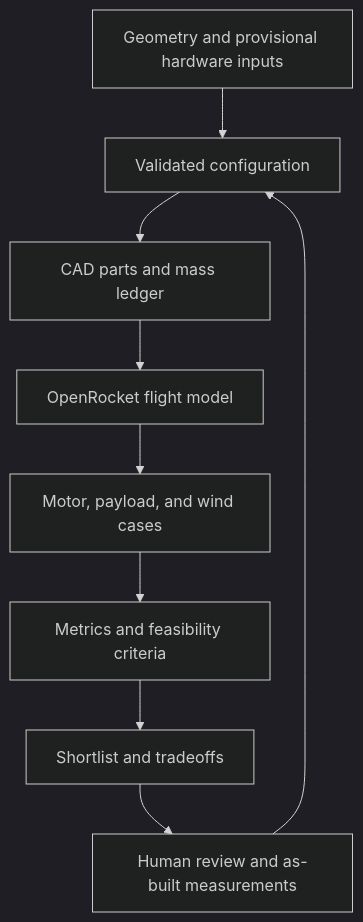
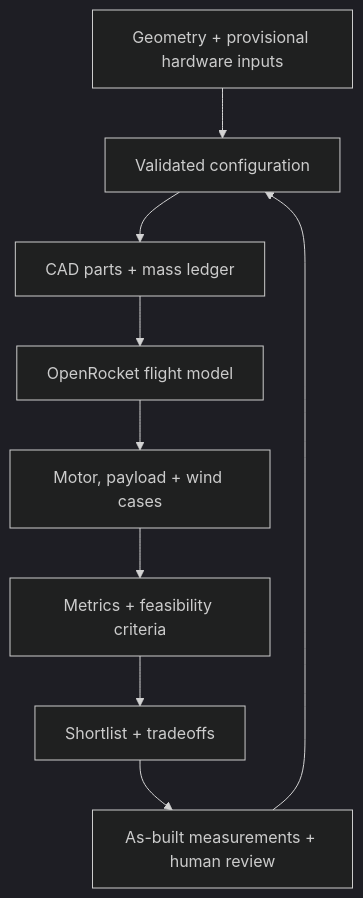
One commit to BrentWilkins/rocket-workbench changed the diagram in docs/HOME.md. Above: the diagram before and after it, drawn with Mermaid (dark theme). The commit also changed other lines of this file and 105 other files, not shown here.

````diff
--- a/docs/HOME.md
+++ b/docs/HOME.md
@@ -16,11 +81,11 @@
 ```mermaid
 flowchart TD
-    Inputs[Geometry and provisional hardware inputs] --> Config[Validated configuration]
-    Config --> CAD[CAD parts and mass ledger]
-    CAD --> Model[OpenRocket flight model]
-    Model --> Cases[Motor, payload, and wind cases]
-    Cases --> Criteria[Metrics and feasibility criteria]
-    Criteria --> Shortlist[Shortlist and tradeoffs]
-    Shortlist --> Review[Human review and as-built measurements]
-    Review --> Config
+  Inputs[Geometry + provisional hardware inputs] --> Config[Validated configuration]
+  Config --> CAD[CAD parts + mass ledger]
+  CAD --> Model[OpenRocket flight model]
+  Model --> Cases[Motor, payload + wind cases]
+  Cases --> Criteria[Metrics + feasibility criteria]
+  Criteria --> Shortlist[Shortlist + tradeoffs]
+  Shortlist --> Review[As-built measurements + human review]
+  Review --> Config
 ```
````
